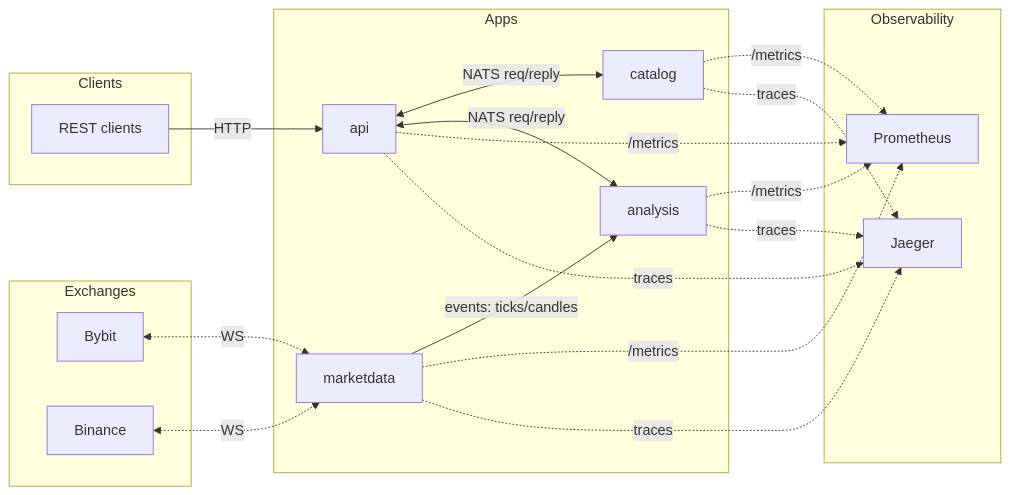
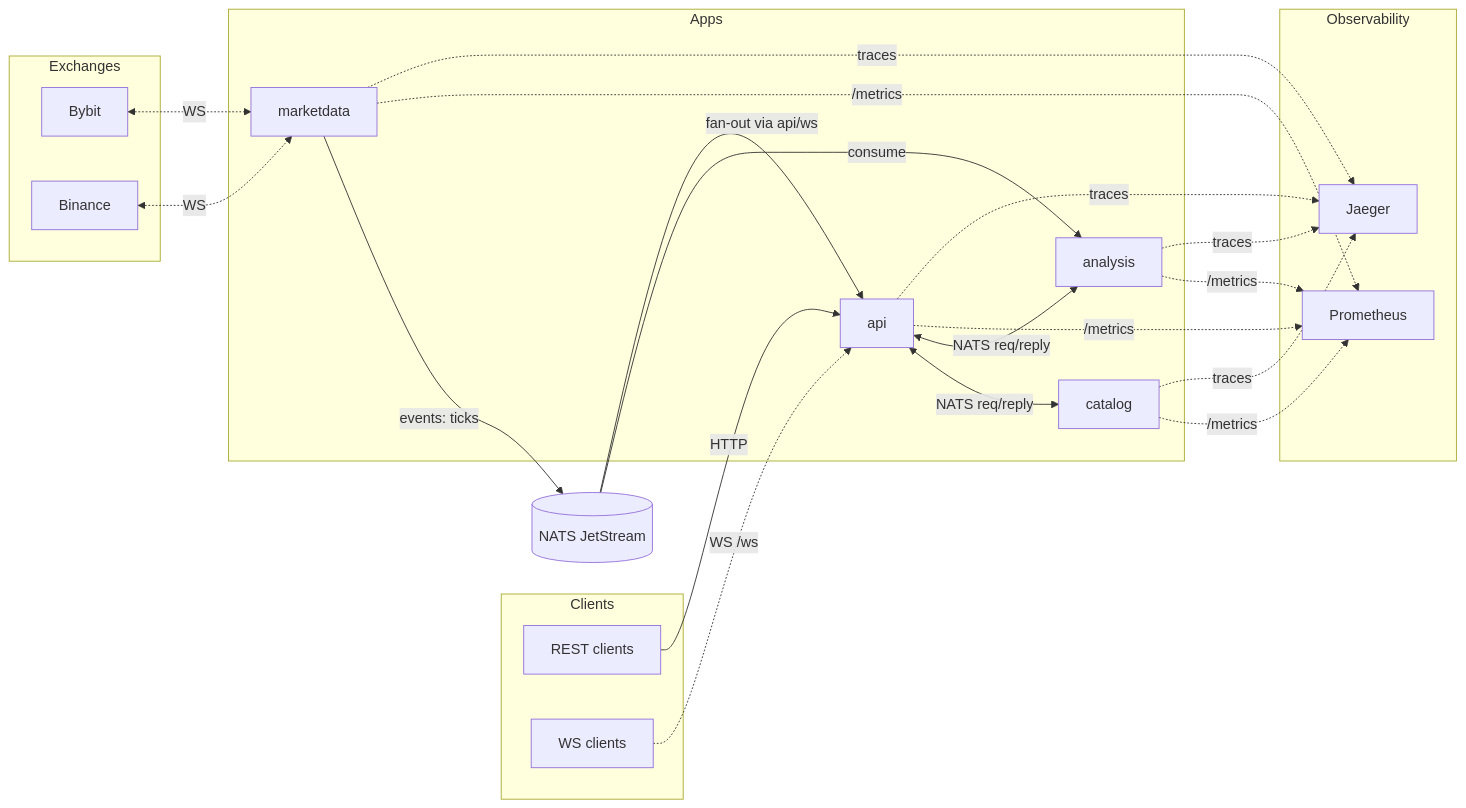
Before and after one commit to dephix/connector: the diagram in README.md, drawn with Mermaid.

Commit message:
docs(README): update architecture diagram with WS gateway and JetStream

````diff
--- a/README.md
+++ b/README.md
@@ -65,40 +65,44 @@
 ```mermaid
 flowchart LR
   subgraph Clients
     REST[REST clients]
+    WS_CLIENTS[WS clients]
   end
 
   REST -->|HTTP| API
+  WS_CLIENTS -. WS /ws .-> API
 
   subgraph Apps
     API[api]
     CATALOG[catalog]
     MARKETDATA[marketdata]
     ANALYSIS[analysis]
   end
 
   API <--> |NATS req/reply| CATALOG
   API <--> |NATS req/reply| ANALYSIS
-  MARKETDATA --> |events: ticks/candles| ANALYSIS
+  MARKETDATA --> |events: ticks| JETSTREAM[(NATS JetStream)]
+  JETSTREAM --> |consume| ANALYSIS
+  JETSTREAM --> |fan-out via api/ws| API
 
   subgraph Exchanges
     Bybit
     Binance
   end
   Bybit <-. WS .-> MARKETDATA
   Binance <-. WS .-> MARKETDATA
 
   subgraph Observability
     Prom[Prometheus]
     Jaeger
   end
 
   API -. /metrics .-> Prom
   CATALOG -. /metrics .-> Prom
   MARKETDATA -. /metrics .-> Prom
   ANALYSIS -. /metrics .-> Prom
   API -. traces .-> Jaeger
   CATALOG -. traces .-> Jaeger
   MARKETDATA -. traces .-> Jaeger
   ANALYSIS -. traces .-> Jaeger
 ```
````
